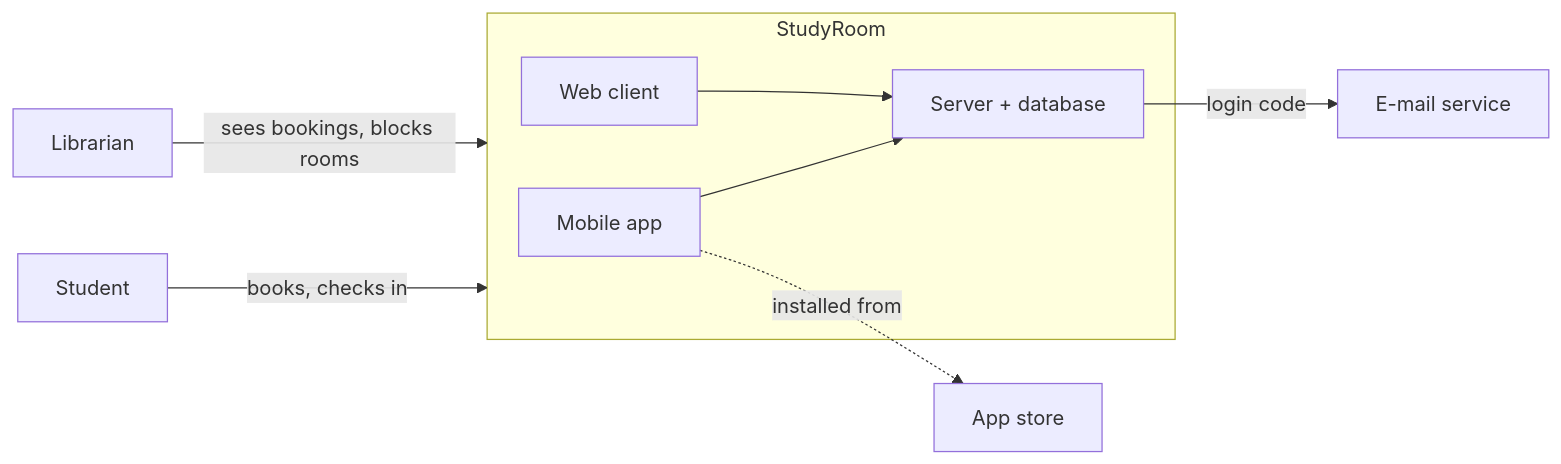
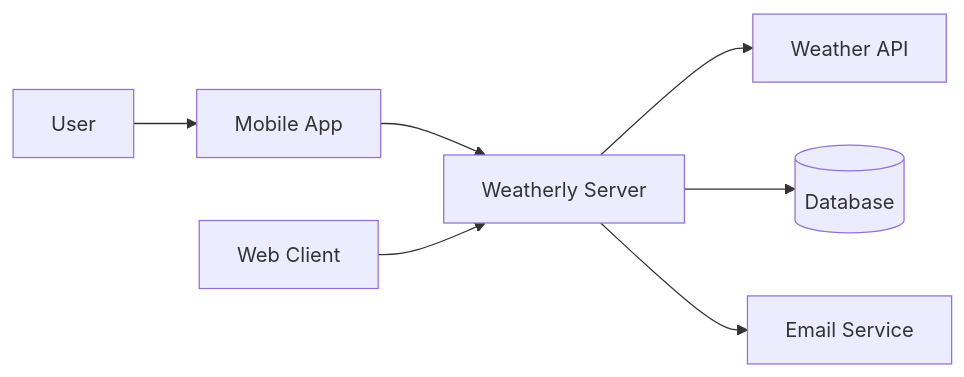
The diagram in week02/PROPOSAL.md (Chili911/aiasd-project), drawn with Mermaid before and after one commit. The commit also changed other lines of this file, not shown here.

````diff
--- a/week02/PROPOSAL.md
+++ b/week02/PROPOSAL.md
@@ -167,12 +126,9 @@
 ```mermaid
-%% EXAMPLE — replace this whole block with your own diagram
 flowchart LR
-  S[Student] -->|books, checks in| SYS
-  L[Librarian] -->|sees bookings, blocks rooms| SYS
-  subgraph SYS[StudyRoom]
-    M[Mobile app] --> API[Server + database]
-    W[Web client] --> API
-  end
-  API -->|login code| E[E-mail service]
-  M -.->|installed from| A[App store]
+    User[User] --> Mobile[Mobile App]
+    Mobile --> Server[Weatherly Server]
+    Web[Web Client] --> Server
+    Server --> Weather[Weather API]
+    Server --> Database[(Database)]
+    Server --> Email[Email Service]
 ```
````
